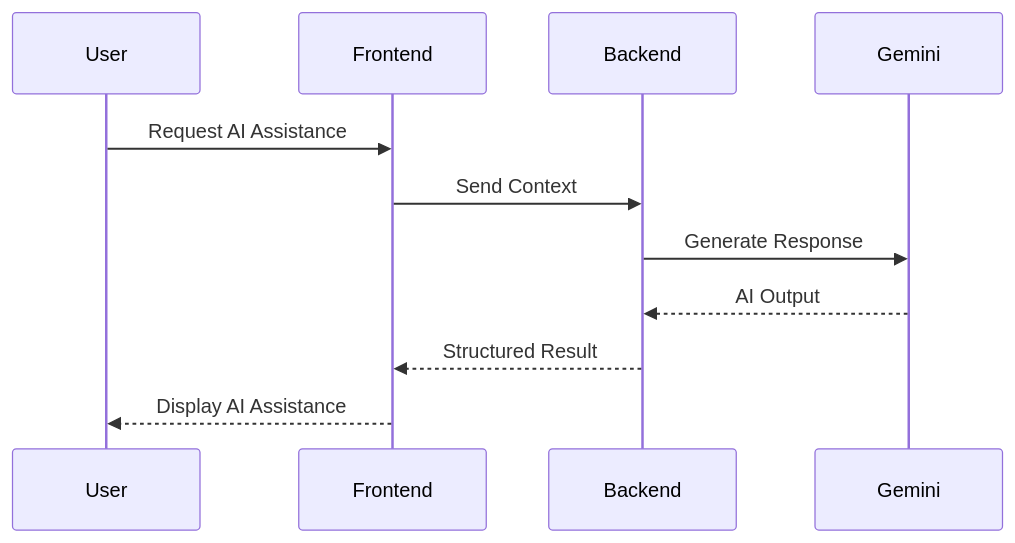
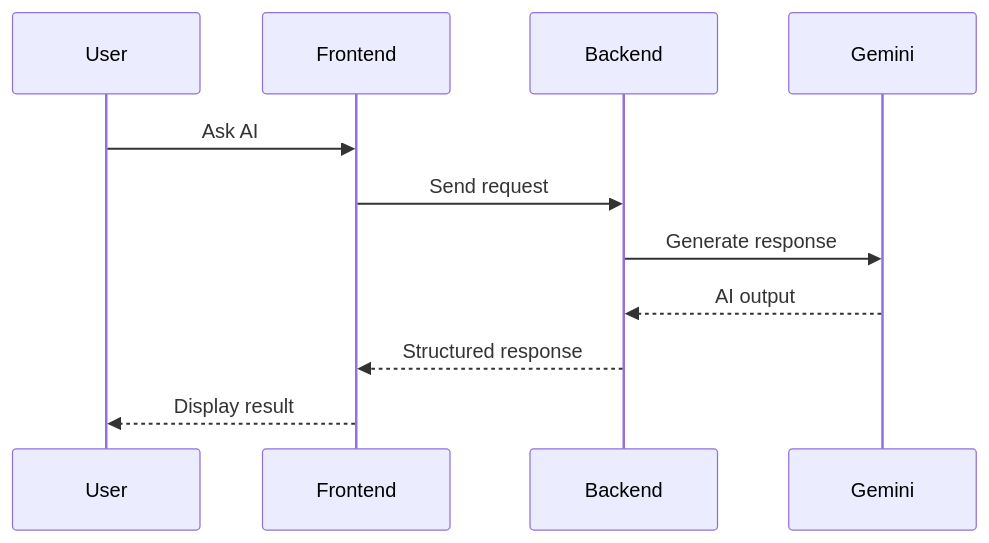
One commit to JXTDEVELOPER/Acedline-The-TaskForce changed the third of 4 diagrams in README.md. Above: the diagram before and after it, drawn with Mermaid. The commit also changed other lines of this file, not shown here.

````diff
--- a/README.md
+++ b/README.md
@@ -139,15 +98,14 @@
 ```mermaid
 sequenceDiagram
+    participant User
+    participant Frontend
+    participant Backend
+    participant Gemini
 
-User->>Frontend: Request AI Assistance
-
-Frontend->>Backend: Send Context
-
-Backend->>Gemini: Generate Response
-
-Gemini-->>Backend: AI Output
-
-Backend-->>Frontend: Structured Result
-
-Frontend-->>User: Display AI Assistance
+    User->>Frontend: Ask AI
+    Frontend->>Backend: Send request
+    Backend->>Gemini: Generate response
+    Gemini-->>Backend: AI output
+    Backend-->>Frontend: Structured response
+    Frontend-->>User: Display result
 ```
````
